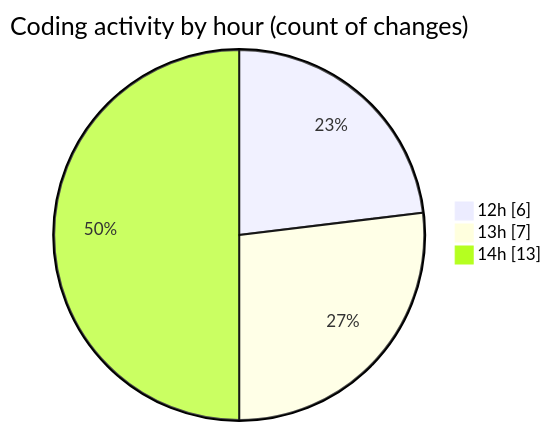
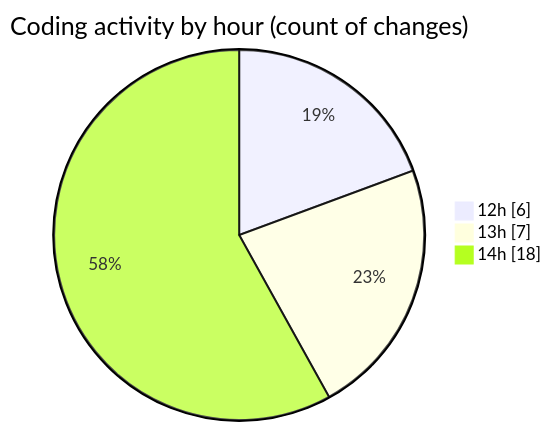
One commit to nxtqubesakshisongat/code-tracking changed the second of 2 diagrams in 2025-05-26/nxtqube_webapp/README.md. Above: the diagram before and after it, drawn with Mermaid. The commit also changed other lines of this file and 1 other file, not shown here.

````diff
--- a/2025-05-26/nxtqube_webapp/README.md
+++ b/2025-05-26/nxtqube_webapp/README.md
@@ -28,7 +28,7 @@
 ```mermaid
 pie showData
 title Coding activity by hour (count of changes)
 "12h" : 6
 "13h" : 7
-"14h" : 13
+"14h" : 18
 ```
````
